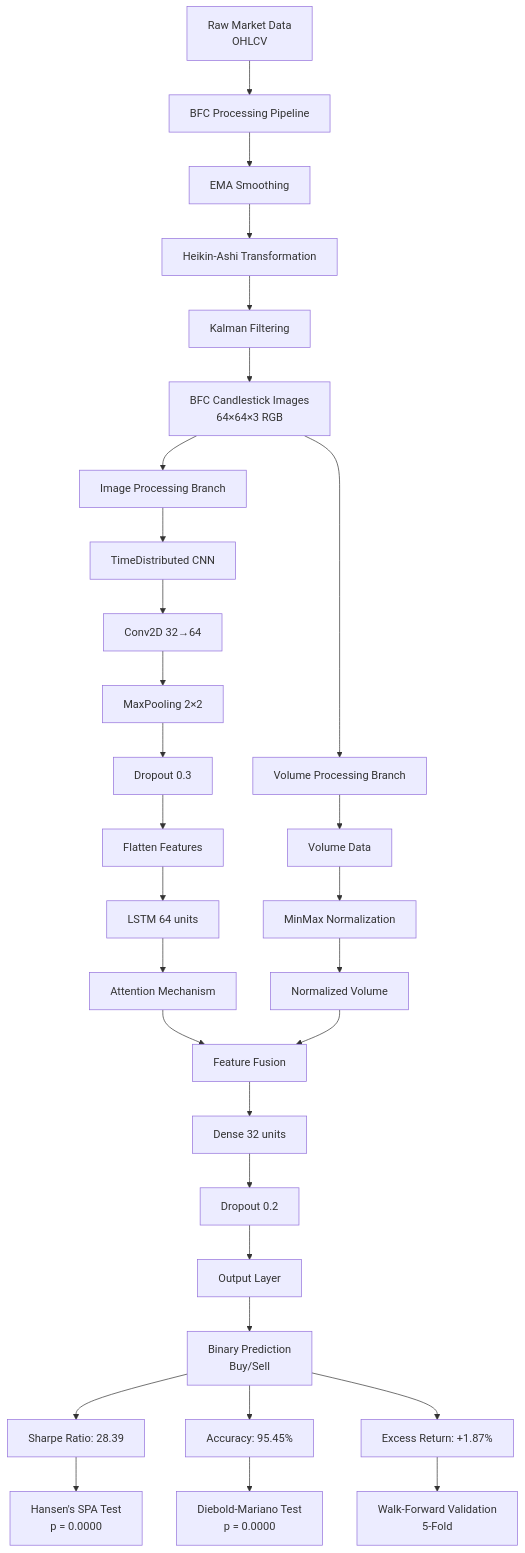
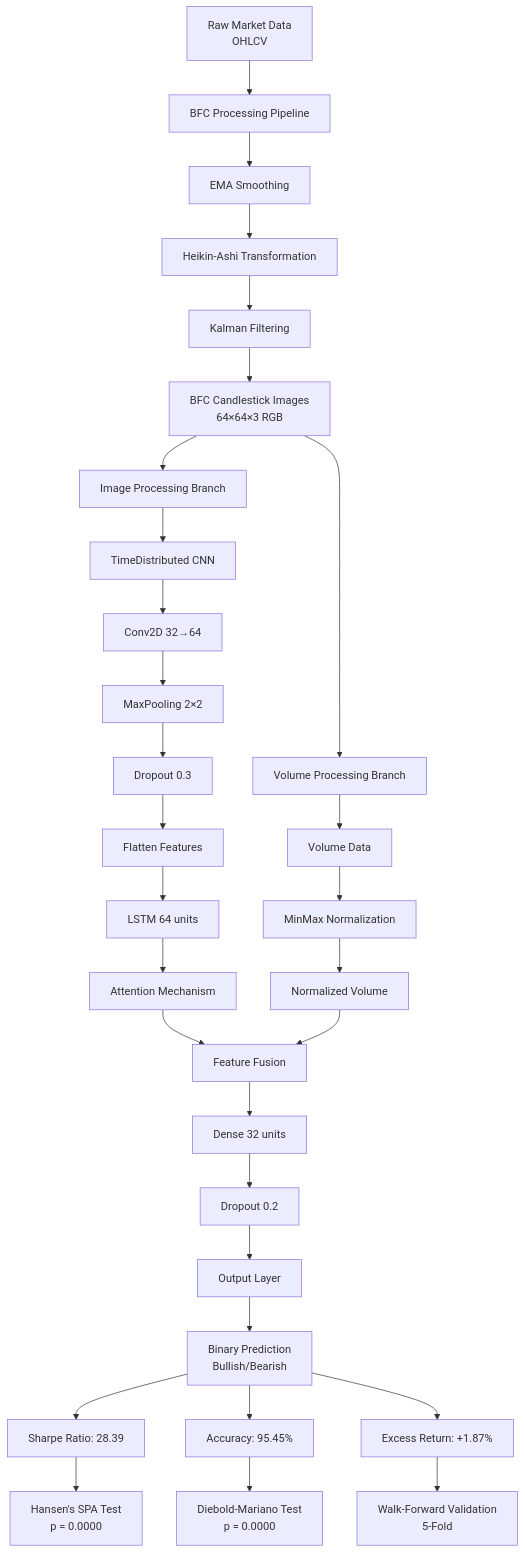
The diagram in README.md (NU-Academics/Blended-Neural-Networks-BLENNs-), drawn with Mermaid before and after one commit. The commit also changed other lines of this file, not shown here.

````diff
--- a/README.md
+++ b/README.md
@@ -244,49 +250,49 @@
 ```mermaid
 graph TD
     %% Input Layer
     A[Raw Market Data<br/>OHLCV] --> B[BFC Processing Pipeline];
     
     %% BFC Processing
     B --> C[EMA Smoothing];
     C --> D[Heikin-Ashi Transformation];
     D --> E[Kalman Filtering];
     E --> F[BFC Candlestick Images<br/>64×64×3 RGB];
     
     %% Multi-Modal Input Branching
     F --> G[Image Processing Branch];
     F --> H[Volume Processing Branch];
     
     %% Image Processing Pipeline
     G --> I[TimeDistributed CNN];
     I --> J[Conv2D 32→64];
     J --> K[MaxPooling 2×2];
     K --> L[Dropout 0.3];
     L --> M[Flatten Features];
     
     %% Volume Processing Pipeline
     H --> N[Volume Data];
     N --> O[MinMax Normalization];
     O --> P[Normalized Volume];
     
     %% Temporal Processing
     M --> Q[LSTM 64 units];
     Q --> R[Attention Mechanism];
     R --> S[Feature Fusion];
     
     %% Feature Fusion
     P --> S;
     S --> T[Dense 32 units];
     T --> U[Dropout 0.2];
     U --> V[Output Layer];
     
     %% Performance Output
-    V --> W[Binary Prediction<br/>Buy/Sell];
+    V --> W[Binary Prediction<br/>Bullish/Bearish];
     W --> X[Sharpe Ratio: 28.39];
     W --> Y[Accuracy: 95.45%];
     W --> Z[Excess Return: +1.87%];
     
     %% Statistical Validation
     X --> AA[Hansen's SPA Test<br/>p = 0.0000];
     Y --> BB[Diebold-Mariano Test<br/>p = 0.0000];
     Z --> CC[Walk-Forward Validation<br/>5-Fold];
 ```
````
